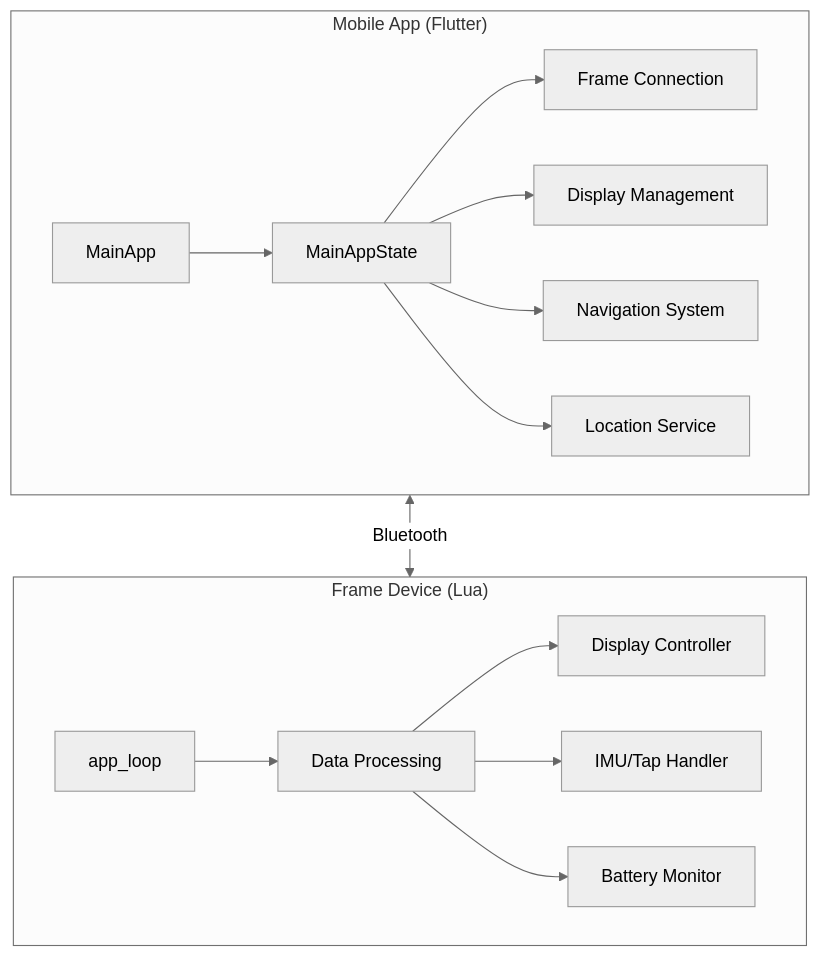
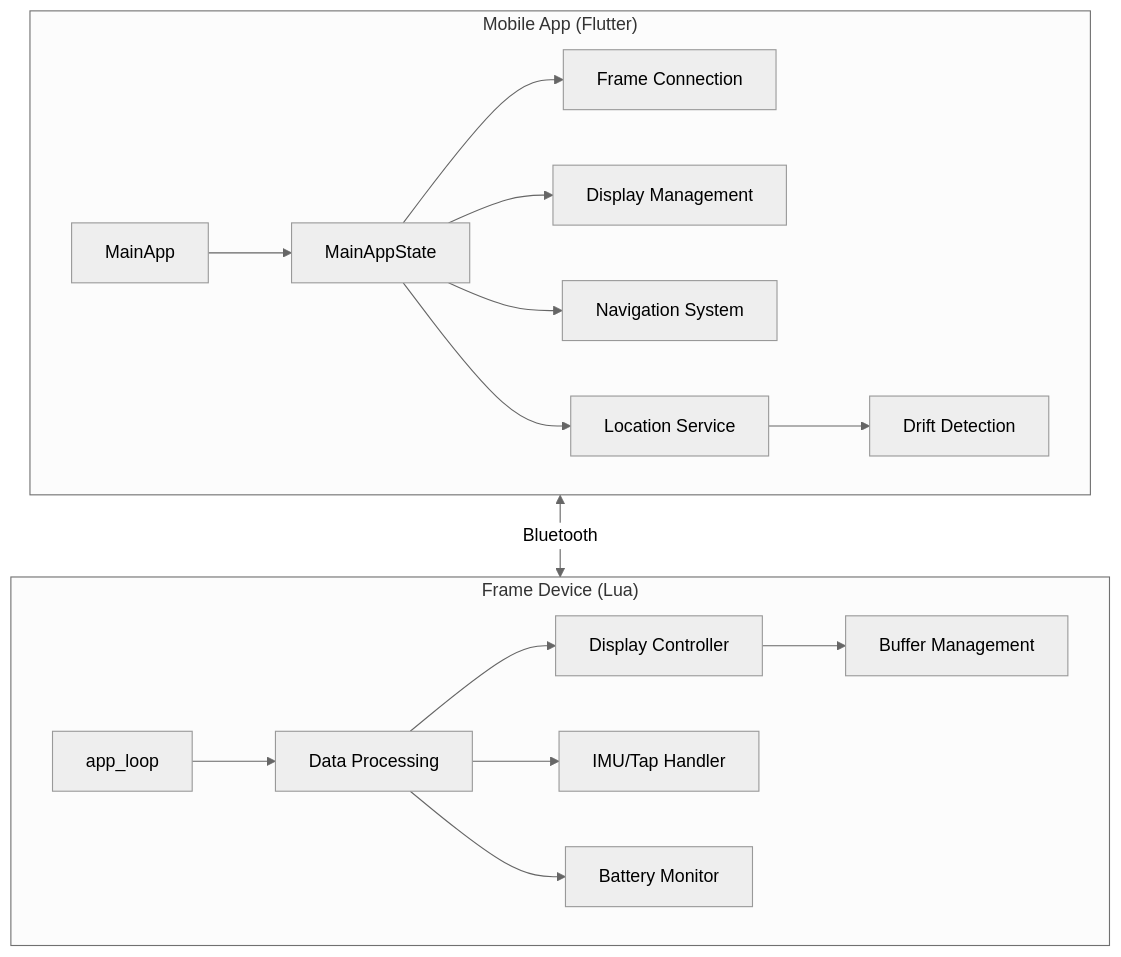
The first of 7 diagrams in memory-bank/systemPatterns.md (WatsonMLDev/Frame-Navigation-App), drawn with Mermaid (neutral theme) before and after one commit. The commit also changed other lines of this file and 5 other files, not shown here.

````diff
--- a/memory-bank/systemPatterns.md
+++ b/memory-bank/systemPatterns.md
@@ -5,19 +5,21 @@
 ```mermaid
 flowchart TD
     subgraph Mobile["Mobile App (Flutter)"]
         App[MainApp] --> State[MainAppState]
         State --> Connection[Frame Connection]
         State --> Display[Display Management]
         State --> Navigation[Navigation System]
         State --> Location[Location Service]
+        Location --> Drift[Drift Detection]
     end
 
     subgraph Frame["Frame Device (Lua)"]
         Loop[app_loop] --> DataProc[Data Processing]
         DataProc --> DisplayCtrl[Display Controller]
         DataProc --> IMU[IMU/Tap Handler]
         DataProc --> Battery[Battery Monitor]
+        DisplayCtrl --> BufferMgmt[Buffer Management]
     end
 
     Mobile <--> |Bluetooth| Frame
 ```
````
